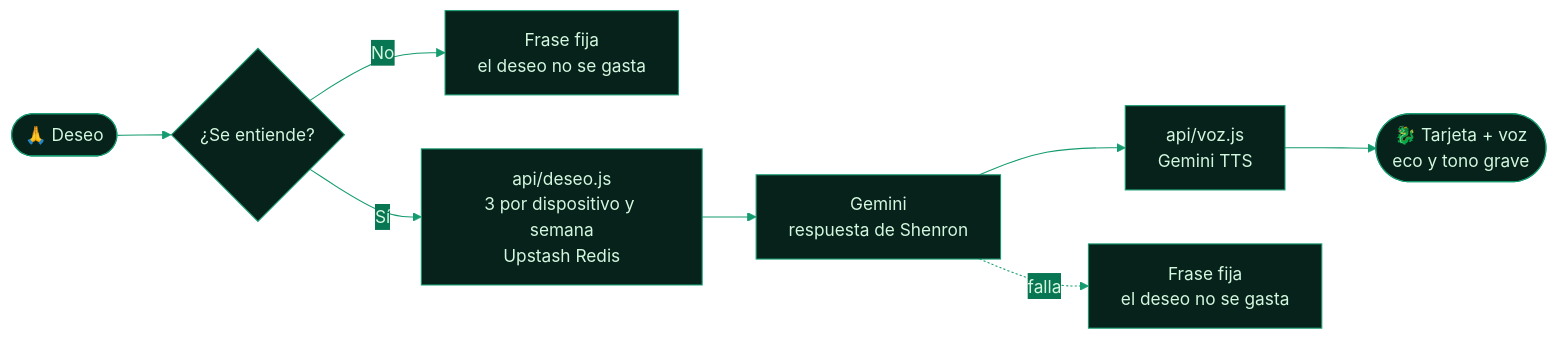
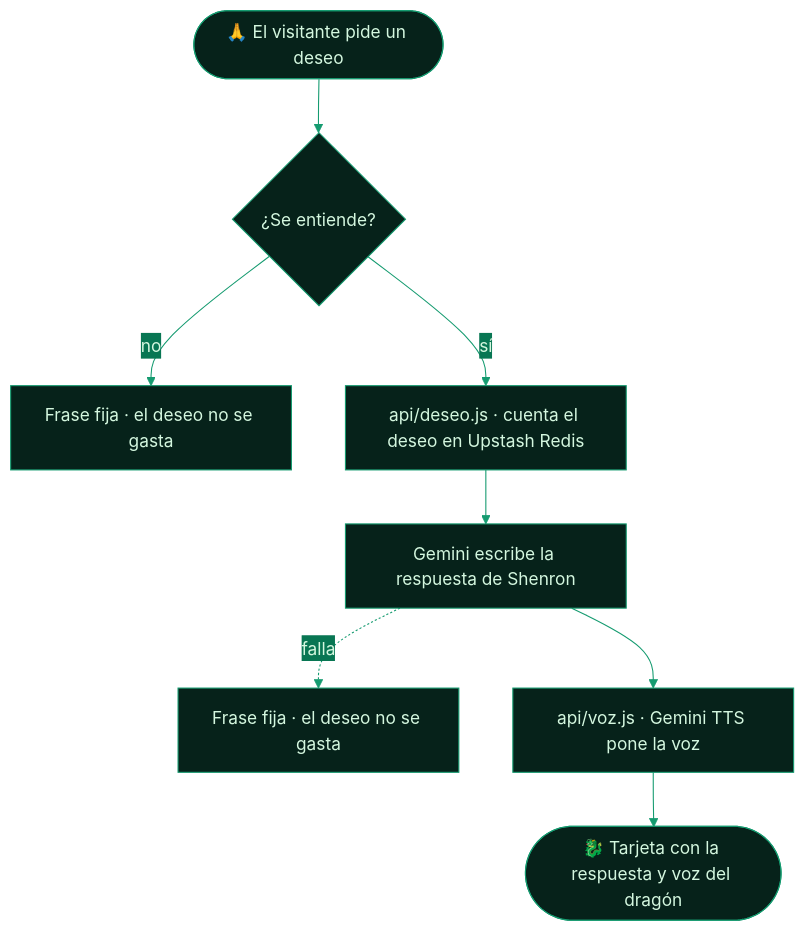
The diagram in README.md (robertorayo/ShenronWebSite), drawn with Mermaid before and after one commit. The commit also changed other lines of this file, not shown here.

Commit message:
README: diagrama del Oráculo en vertical y tabla sin cabecera vacía

````diff
--- a/README.md
+++ b/README.md
@@ -68,11 +68,11 @@
 ```mermaid
 %%{init: {'theme':'base','themeVariables':{'primaryColor':'#06221a','primaryTextColor':'#d4f7df','primaryBorderColor':'#159b70','lineColor':'#159b70','secondaryColor':'#087653','tertiaryColor':'#041510','fontFamily':'Segoe UI, Arial, sans-serif'}}}%%
-flowchart LR
-    A([🙏 Deseo]) --> B{¿Se entiende?}
-    B -- No --> F[Frase fija<br/>el deseo no se gasta]
-    B -- Sí --> C[api/deseo.js<br/>3 por dispositivo y semana<br/>Upstash Redis]
-    C --> D[Gemini<br/>respuesta de Shenron]
-    D --> E[api/voz.js<br/>Gemini TTS]
-    E --> G([🐉 Tarjeta + voz<br/>eco y tono grave])
-    D -. falla .-> H[Frase fija<br/>el deseo no se gasta]
+flowchart TD
+    A([🙏 El visitante pide un deseo]) --> B{¿Se entiende?}
+    B -->|" no "| F[Frase fija · el deseo no se gasta]
+    B -->|" sí "| C[api/deseo.js · cuenta el deseo en Upstash Redis]
+    C --> D[Gemini escribe la respuesta de Shenron]
+    D -.->|" falla "| H[Frase fija · el deseo no se gasta]
+    D --> E[api/voz.js · Gemini TTS pone la voz]
+    E --> G([🐉 Tarjeta con la respuesta y voz del dragón])
 ```
````
